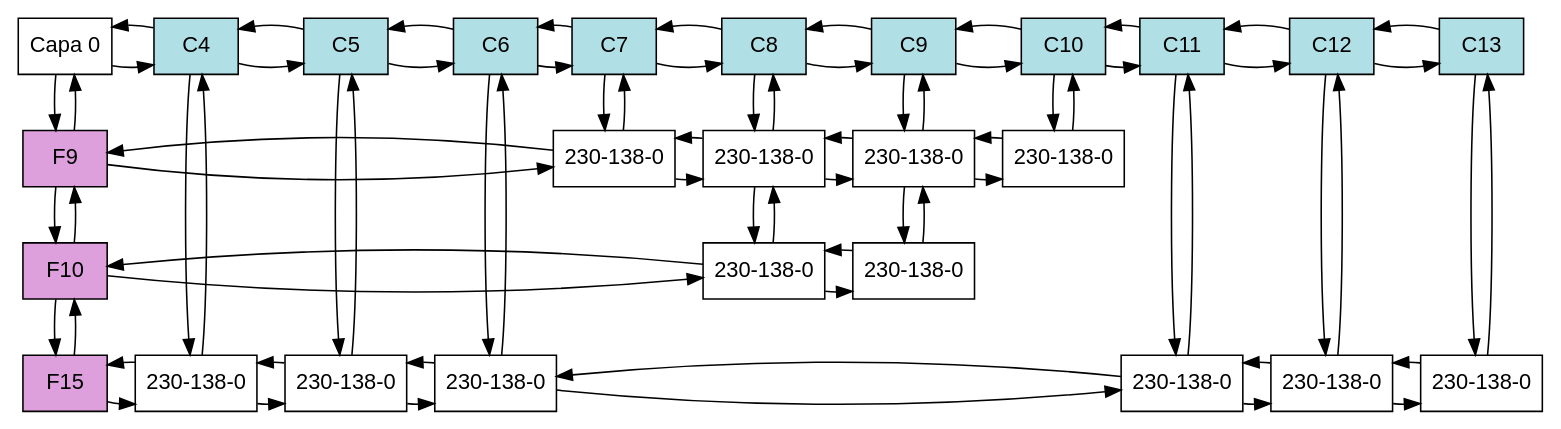
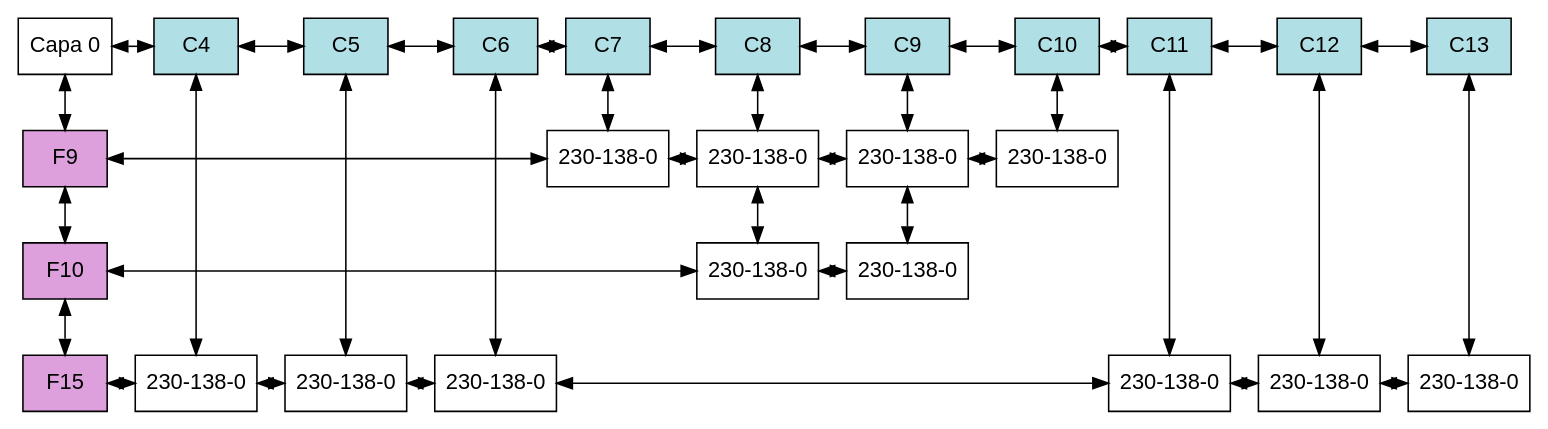
Before and after one commit to brandonT2002/EDD_VJ1S2023_PY_202112030: the diagram in ave/Pico_Patas.dot, drawn with Graphviz. The commit also changed 30 other files, not shown here.

```diff
--- a/ave/Pico_Patas.dot
+++ b/ave/Pico_Patas.dot
@@ -1,93 +1,79 @@
 digraph T{
 	node[shape=box fontname="Arial" fillcolor="white" style=filled];
+	edge[dir="both"];
 	Root[label = "Capa 0", group="0"];
 	F9[group="0" fillcolor="plum"];
 	F10[group="0" fillcolor="plum"];
 	F15[group="0" fillcolor="plum"];
-	C4[group=4 fillcolor="powderblue"];
-	C5[group=5 fillcolor="powderblue"];
-	C6[group=6 fillcolor="powderblue"];
-	C7[group=7 fillcolor="powderblue"];
-	C8[group=8 fillcolor="powderblue"];
-	C9[group=9 fillcolor="powderblue"];
-	C10[group=10 fillcolor="powderblue"];
-	C11[group=11 fillcolor="powderblue"];
-	C12[group=12 fillcolor="powderblue"];
-	C13[group=13 fillcolor="powderblue"];
-	N15_4[group=4 label="230-138-0"];
-	N15_5[group=5 label="230-138-0"];
-	N15_6[group=6 label="230-138-0"];
-	N9_7[group=7 label="230-138-0"];
-	N9_8[group=8 label="230-138-0"];
-	N10_8[group=8 label="230-138-0"];
-	N9_9[group=9 label="230-138-0"];
-	N10_9[group=9 label="230-138-0"];
-	N9_10[group=10 label="230-138-0"];
-	N15_11[group=11 label="230-138-0"];
-	N15_12[group=12 label="230-138-0"];
-	N15_13[group=13 label="230-138-0"];
+	C4[group="4" fillcolor="powderblue"];
+	C5[group="5" fillcolor="powderblue"];
+	C6[group="6" fillcolor="powderblue"];
+	C7[group="7" fillcolor="powderblue"];
+	C8[group="8" fillcolor="powderblue"];
+	C9[group="9" fillcolor="powderblue"];
+	C10[group="10" fillcolor="powderblue"];
+	C11[group="11" fillcolor="powderblue"];
+	C12[group="12" fillcolor="powderblue"];
+	C13[group="13" fillcolor="powderblue"];
+	N15_4[group="4" label="230-138-0"];
+	N15_5[group="5" label="230-138-0"];
+	N15_6[group="6" label="230-138-0"];
+	N9_7[group="7" label="230-138-0"];
+	N9_8[group="8" label="230-138-0"];
+	N10_8[group="8" label="230-138-0"];
+	N9_9[group="9" label="230-138-0"];
+	N10_9[group="9" label="230-138-0"];
+	N9_10[group="10" label="230-138-0"];
+	N15_11[group="11" label="230-138-0"];
+	N15_12[group="12" label="230-138-0"];
+	N15_13[group="13" label="230-138-0"];
 	subgraph columnHeader {
 		rank = same;
 		Root -> C4 -> C5 -> C6 -> C7 -> C8 -> C9 -> C10 -> C11 -> C12 -> C13;
-		Root -> C4 -> C5 -> C6 -> C7 -> C8 -> C9 -> C10 -> C11 -> C12 -> C13[dir=back];
 	}
 	subgraph row9 {
 		rank = same;
 		F9 -> N9_7 -> N9_8 -> N9_9 -> N9_10;
-		F9 -> N9_7 -> N9_8 -> N9_9 -> N9_10[dir=back];
 	}
 	subgraph row10 {
 		rank = same;
 		F10 -> N10_8 -> N10_9;
-		F10 -> N10_8 -> N10_9[dir=back];
 	}
 	subgraph row15 {
 		rank = same;
 		F15 -> N15_4 -> N15_5 -> N15_6 -> N15_11 -> N15_12 -> N15_13;
-		F15 -> N15_4 -> N15_5 -> N15_6 -> N15_11 -> N15_12 -> N15_13[dir=back];
 	}
 	subgraph rowHeader {
 		Root -> F9 -> F10 -> F15;
-		Root -> F9 -> F10 -> F15[dir=back];
 	}
 	subgraph column4 {
 		C4 -> N15_4;
-		C4 -> N15_4[dir=back];
 	}
 	subgraph column5 {
 		C5 -> N15_5;
-		C5 -> N15_5[dir=back];
 	}
 	subgraph column6 {
 		C6 -> N15_6;
-		C6 -> N15_6[dir=back];
 	}
 	subgraph column7 {
 		C7 -> N9_7;
-		C7 -> N9_7[dir=back];
 	}
 	subgraph column8 {
 		C8 -> N9_8 -> N10_8;
-		C8 -> N9_8 -> N10_8[dir=back];
 	}
 	subgraph column9 {
 		C9 -> N9_9 -> N10_9;
-		C9 -> N9_9 -> N10_9[dir=back];
 	}
 	subgraph column10 {
 		C10 -> N9_10;
-		C10 -> N9_10[dir=back];
 	}
 	subgraph column11 {
 		C11 -> N15_11;
-		C11 -> N15_11[dir=back];
 	}
 	subgraph column12 {
 		C12 -> N15_12;
-		C12 -> N15_12[dir=back];
 	}
 	subgraph column13 {
 		C13 -> N15_13;
-		C13 -> N15_13[dir=back];
 	}
 }
```
